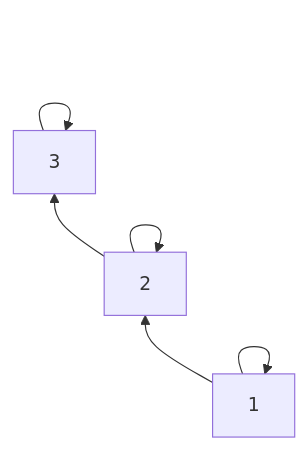
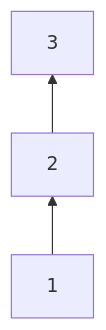
Before and after one commit to yo-goto/zenn-public-repo: the sixth of 16 diagrams in books/ast/5-ast-order-theoretic-model.md, drawn with Mermaid. The commit also changed other lines of this file, not shown here.

Commit message:
🐛 fix(chapter): 順序理論の章で、ハッセ図にまつわる説明を正確に修正

````diff
--- a/books/ast/5-ast-order-theoretic-model.md
+++ b/books/ast/5-ast-order-theoretic-model.md
@@ -116,7 +116,4 @@
 ```mermaid
 graph BT
 1 --> 2 --> 3
-1 --> 1
-2 --> 2
-3 --> 3
 ```
````
